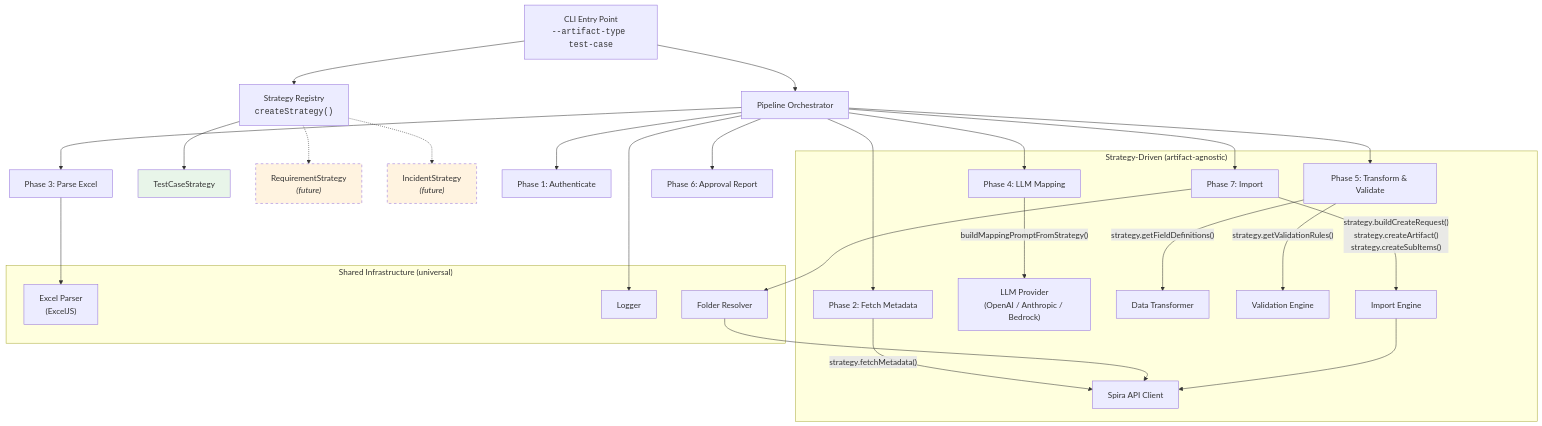
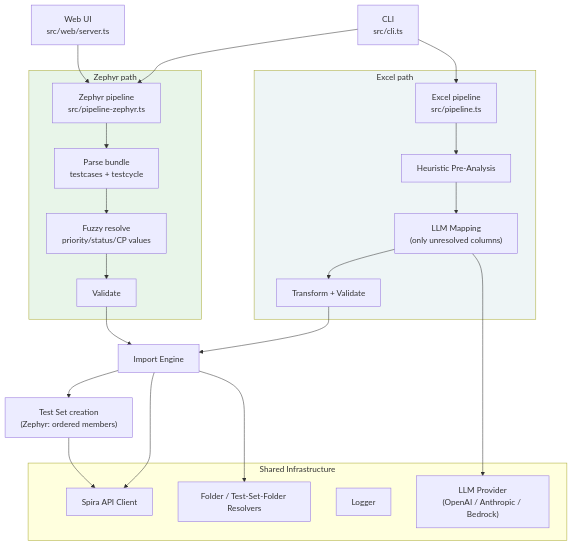
Before and after one commit to inflectra-community/utility-spira-testcase-importer: the diagram in README.md, drawn with Mermaid. The commit also changed other lines of this file and 4 other files, not shown here.

First line of the commit message:
docs: refresh for Test Sets + Web UI; anonymise customer references

````diff
--- a/README.md
+++ b/README.md
@@ -123,46 +149,40 @@
 ```mermaid
 flowchart TD
-    CLI["CLI Entry Point<br/><code>--artifact-type test-case</code>"]
-    CLI --> Strategy["Strategy Registry<br/><code>createStrategy()</code>"]
-    Strategy --> TC["TestCaseStrategy"]
-    Strategy -.-> RQ["RequirementStrategy<br/><i>(future)</i>"]
-    Strategy -.-> IN["IncidentStrategy<br/><i>(future)</i>"]
+    CLI["CLI<br/>src/cli.ts"]
+    WEB["Web UI<br/>src/web/server.ts"]
 
-    CLI --> Pipeline["Pipeline Orchestrator"]
+    CLI --> EXCEL["Excel pipeline<br/>src/pipeline.ts"]
+    CLI --> ZEPHYR["Zephyr pipeline<br/>src/pipeline-zephyr.ts"]
+    WEB --> ZEPHYR
 
-    Pipeline --> P1["Phase 1: Authenticate"]
-    Pipeline --> P2["Phase 2: Fetch Metadata"]
-    Pipeline --> P3["Phase 3: Parse Excel"]
-    Pipeline --> P4["Phase 4: LLM Mapping"]
-    Pipeline --> P5["Phase 5: Transform & Validate"]
-    Pipeline --> P6["Phase 6: Approval Report"]
-    Pipeline --> P7["Phase 7: Import"]
-
-    subgraph "Strategy-Driven (artifact-agnostic)"
-        P2 -->|"strategy.fetchMetadata()"| SpiraClient
-        P4 -->|"buildMappingPromptFromStrategy()"| LLM["LLM Provider<br/>(OpenAI / Anthropic / Bedrock)"]
-        P5 -->|"strategy.getFieldDefinitions()"| Transformer
-        P5 -->|"strategy.getValidationRules()"| Validator
-        P7 -->|"strategy.buildCreateRequest()<br/>strategy.createArtifact()<br/>strategy.createSubItems()"| Importer
+    subgraph excelflow ["Excel path"]
+        EXCEL --> HEUR["Heuristic Pre-Analysis"]
+        HEUR --> MAP["LLM Mapping<br/>(only unresolved columns)"]
+        MAP --> XT["Transform + Validate"]
     end
 
-    subgraph "Shared Infrastructure (universal)"
-        SpiraClient["Spira API Client"]
-        Parser["Excel Parser<br/>(ExcelJS)"]
-        Transformer["Data Transformer"]
-        Validator["Validation Engine"]
-        Importer["Import Engine"]
-        Logger["Logger"]
-        FolderResolver["Folder Resolver"]
+    subgraph zephyrflow ["Zephyr path"]
+        ZEPHYR --> ZP["Parse bundle<br/>testcases + testcycle"]
+        ZP --> ZR["Fuzzy resolve<br/>priority/status/CP values"]
+        ZR --> ZV["Validate"]
     end
 
-    P3 --> Parser
-    P7 --> FolderResolver
-    FolderResolver --> SpiraClient
-    Importer --> SpiraClient
-    Pipeline --> Logger
+    XT --> IMPORT["Import Engine"]
+    ZV --> IMPORT
+    IMPORT --> TS["Test Set creation<br/>(Zephyr: ordered members)"]
 
-    style TC fill:#e8f5e9
-    style RQ fill:#fff3e0,stroke-dasharray: 5 5
-    style IN fill:#fff3e0,stroke-dasharray: 5 5
+    subgraph shared ["Shared Infrastructure"]
+        SpiraClient["Spira API Client"]
+        FolderResolver["Folder / Test-Set-Folder Resolvers"]
+        Logger["Logger"]
+        LLM["LLM Provider<br/>(OpenAI / Anthropic / Bedrock)"]
+    end
+
+    MAP --> LLM
+    IMPORT --> FolderResolver
+    IMPORT --> SpiraClient
+    TS --> SpiraClient
+
+    style zephyrflow fill:#e8f5e9
+    style excelflow fill:#eef5f6
 ```
````
